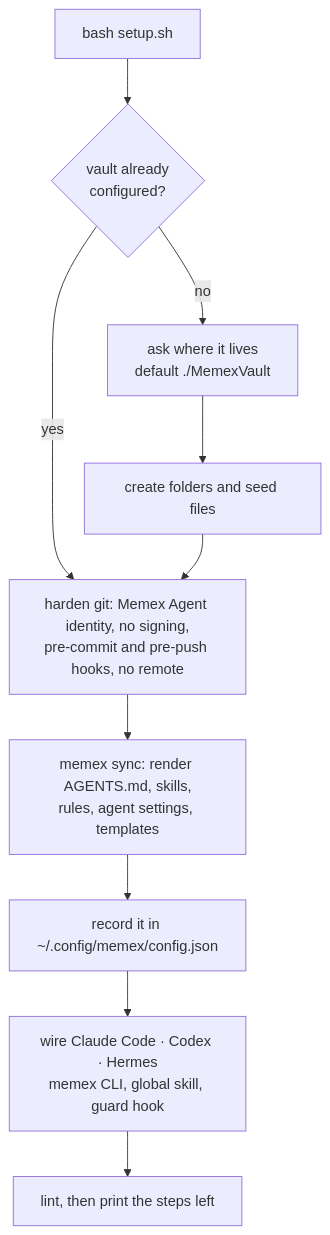
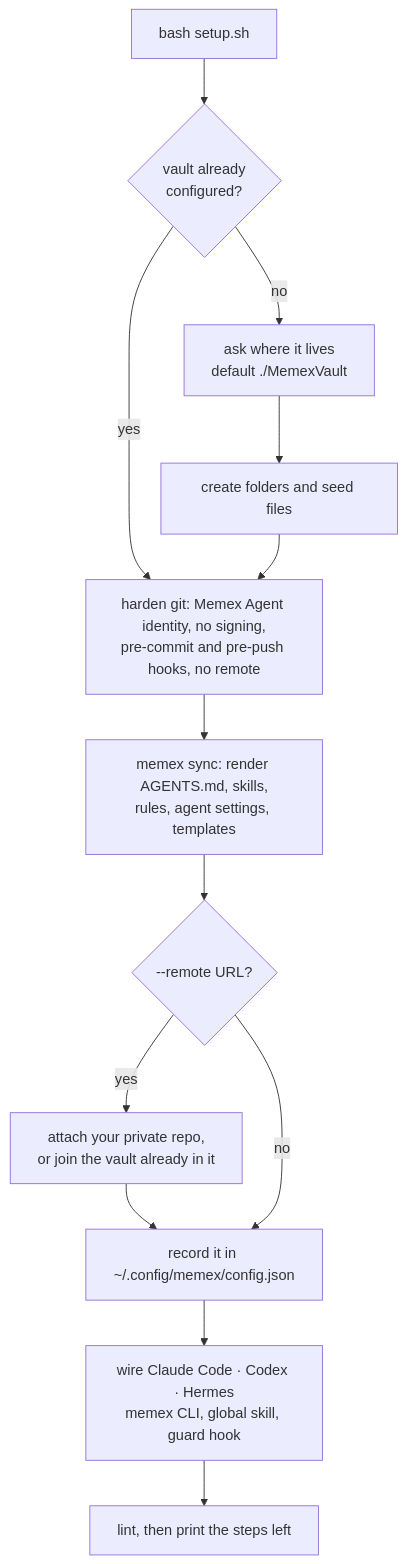
Before and after one commit to G-aUr-aV/Memex: the second of 7 diagrams in README.md, drawn with Mermaid. The commit also changed other lines of this file and 35 other files, not shown here.

````diff
--- a/README.md
+++ b/README.md
@@ -82,12 +84,16 @@
 ```mermaid
 flowchart TD
   A["bash setup.sh"] --> B{"vault already<br/>configured?"}
   B -- no --> P["ask where it lives<br/>default ./MemexVault"]
   P --> I["create folders and seed files"]
   B -- yes --> G
   I --> G["harden git: Memex Agent identity, no signing,<br/>pre-commit and pre-push hooks, no remote"]
   G --> Y["memex sync: render AGENTS.md, skills,<br/>rules, agent settings, templates"]
-  Y --> C["record it in ~/.config/memex/config.json"]
+  Y --> R{"--remote URL?"}
+  R -- yes --> J["attach your private repo,<br/>or join the vault already in it"]
+  J --> C
+  R -- no --> C
+  C["record it in ~/.config/memex/config.json"]
   C --> W["wire Claude Code · Codex · Hermes<br/>memex CLI, global skill, guard hook"]
   W --> D["lint, then print the steps left"]
 ```
````
